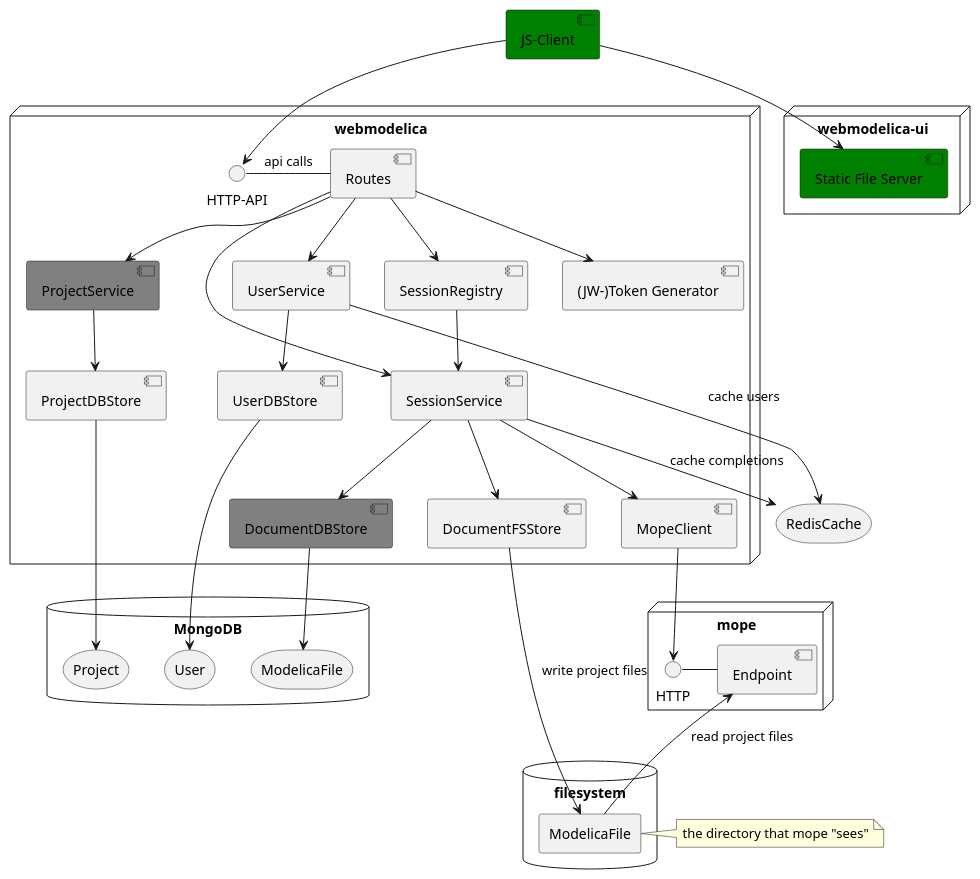
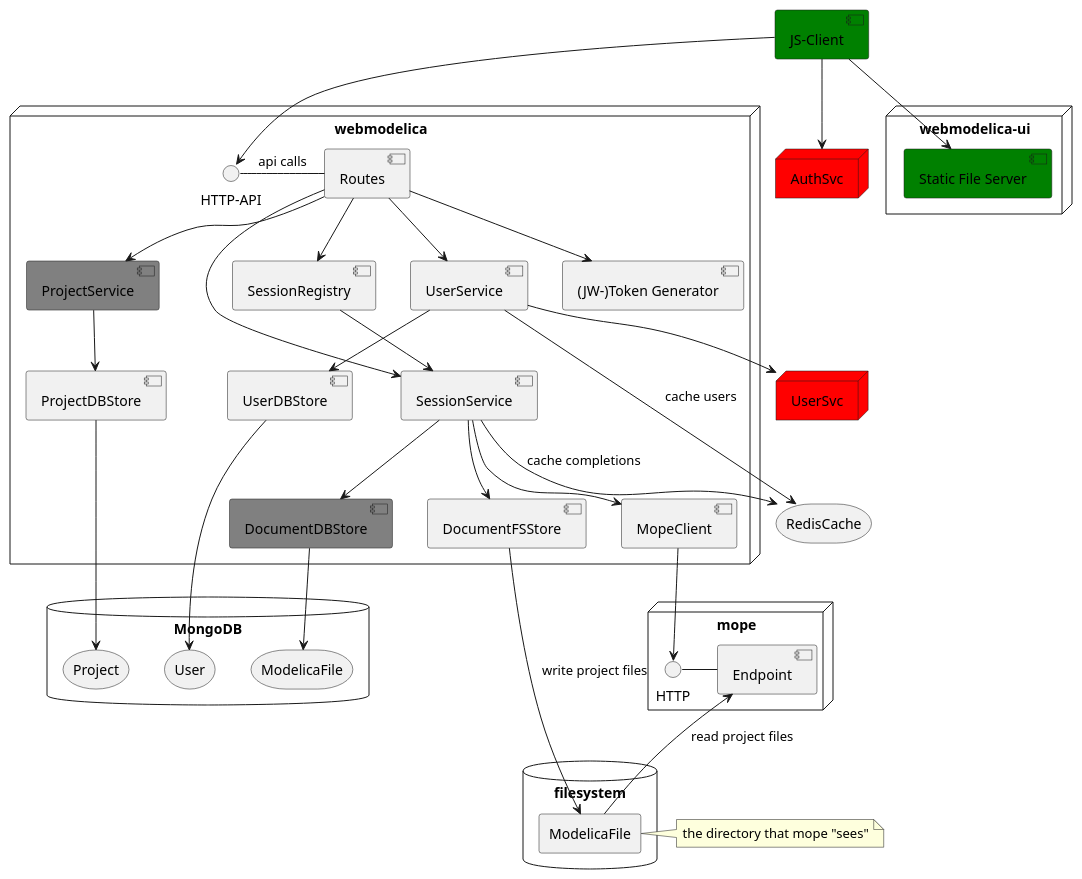
One commit to THM-MoTE/webmodelica changed the diagram in doc/components.puml. Above: the diagram before and after it, drawn with PlantUML. The commit also changed 3 other files, not shown here.

Commit message:
add UserSvc,AuthSvc to diagrams

```diff
--- a/doc/components.puml
+++ b/doc/components.puml
@@ -1,61 +1,65 @@
 @startuml
 
 [JS-Client] #Green
+
+node UserSvc #red
+node AuthSvc #red
 
 node "webmodelica-ui" {
   [Static File Server] #Green
   [JS-Client] --> [Static File Server]
 }
 
 node "webmodelica" {
   () "HTTP-API" as wm_http
   [JS-Client] --> wm_http
+  [JS-Client] --> AuthSvc
   [ProjectService] #Grey
-  [UserService]
+  [UserService] --> UserSvc
   [DocumentDBStore] #Grey
   wm_http - [Routes] : "api calls"
 
   [Routes] --> [SessionService]
   [Routes] --> [SessionRegistry]
   [Routes] --> [ProjectService]
   [Routes] --> [UserService]
   [Routes] --> [(JW-)Token Generator]
 
   [ProjectService] --> [ProjectDBStore]
   [UserService] --> [UserDBStore]
 
   [SessionRegistry] --> [SessionService]
 
   [SessionService] --> [DocumentFSStore]
   [SessionService] --> [DocumentDBStore]
   [SessionService] --> [MopeClient]
 }
 
 node "mope" {
   () "HTTP" as mope_http
   [MopeClient] --> mope_http
   mope_http - [Endpoint]
 }
 
 storage RedisCache
 
 database MongoDB {
   storage User
   storage Project
   storage ModelicaFile as doc_file
 }
 
 database "filesystem" {
   rectangle ModelicaFile as fs_file
 }
 note left of fs_file : the directory that mope "sees"
 
 [ProjectDBStore] --> Project
 [UserDBStore] --> User
 [UserService] --> RedisCache : cache users
 [SessionService] --> RedisCache : cache completions
 [DocumentDBStore] --> doc_file
 [DocumentFSStore] --> fs_file : write project files
 
 [Endpoint] <-- fs_file : read project files
 @enduml
```
